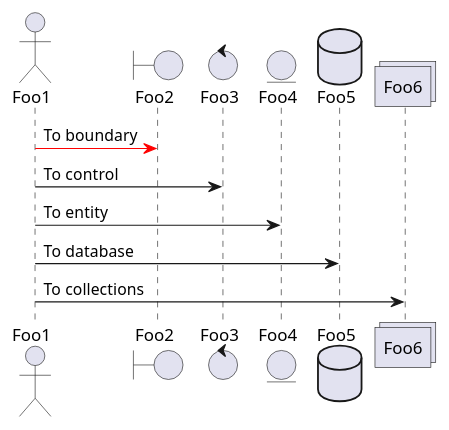
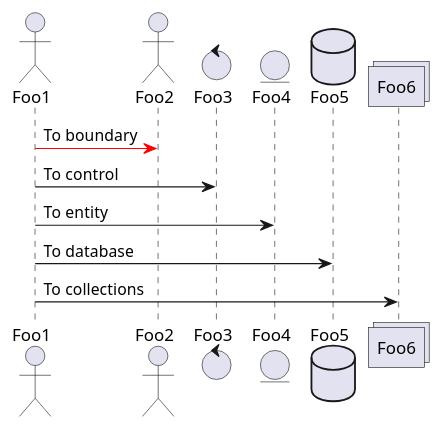
The diagram in 3.puml (mykolenkomitya/uml), drawn with PlantUML before and after one commit. The commit also changed 5 other files, not shown here.

```diff
--- a/3.puml
+++ b/3.puml
@@ -1,13 +1,14 @@
 @startuml
 actor Foo1
+actor Foo2
 boundary Foo2
 control Foo3
 entity Foo4
 database Foo5
 collections Foo6
 Foo1 -[#red]> Foo2 : To boundary
 Foo1 -> Foo3 : To control
 Foo1 -> Foo4 : To entity
 Foo1 -> Foo5 : To database
 Foo1 -> Foo6 : To collections
 @enduml
```
